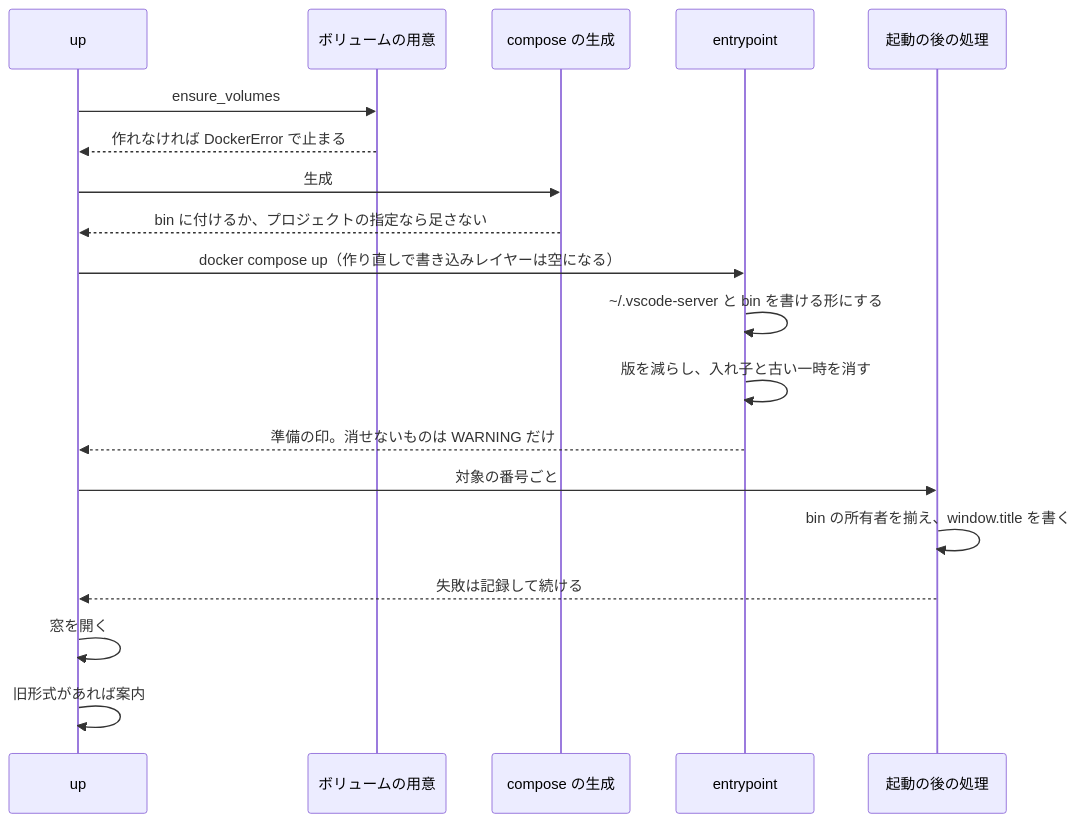
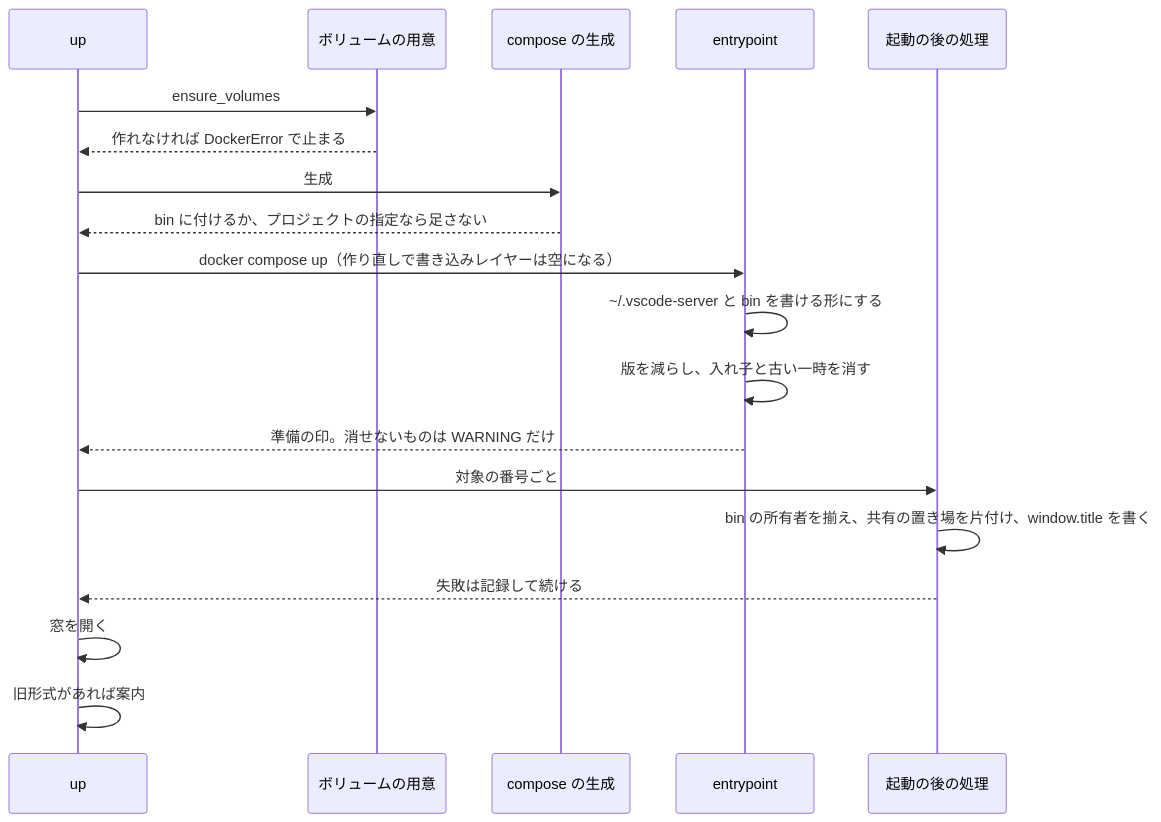
One commit to devbasex/devbase changed the third of 3 diagrams in docs/specifications/vscode-server-volume.md. Above: the diagram before and after it, drawn with Mermaid. The commit also changed other lines of this file and 1 other file, not shown here.

````diff
--- a/docs/specifications/vscode-server-volume.md
+++ b/docs/specifications/vscode-server-volume.md
@@ -248,21 +310,21 @@
 ```mermaid
 sequenceDiagram
     participant U as up
     participant V as ボリュームの用意
     participant C as compose の生成
     participant E as entrypoint
     participant P as 起動の後の処理
     U->>V: ensure_volumes
     V-->>U: 作れなければ DockerError で止まる
     U->>C: 生成
     C-->>U: bin に付けるか、プロジェクトの指定なら足さない
     U->>E: docker compose up（作り直しで書き込みレイヤーは空になる）
     E->>E: ~/.vscode-server と bin を書ける形にする
     E->>E: 版を減らし、入れ子と古い一時を消す
     E-->>U: 準備の印。消せないものは WARNING だけ
     U->>P: 対象の番号ごと
-    P->>P: bin の所有者を揃え、window.title を書く
+    P->>P: bin の所有者を揃え、共有の置き場を片付け、window.title を書く
     P-->>U: 失敗は記録して続ける
     U->>U: 窓を開く
     U->>U: 旧形式があれば案内
 ```
````
